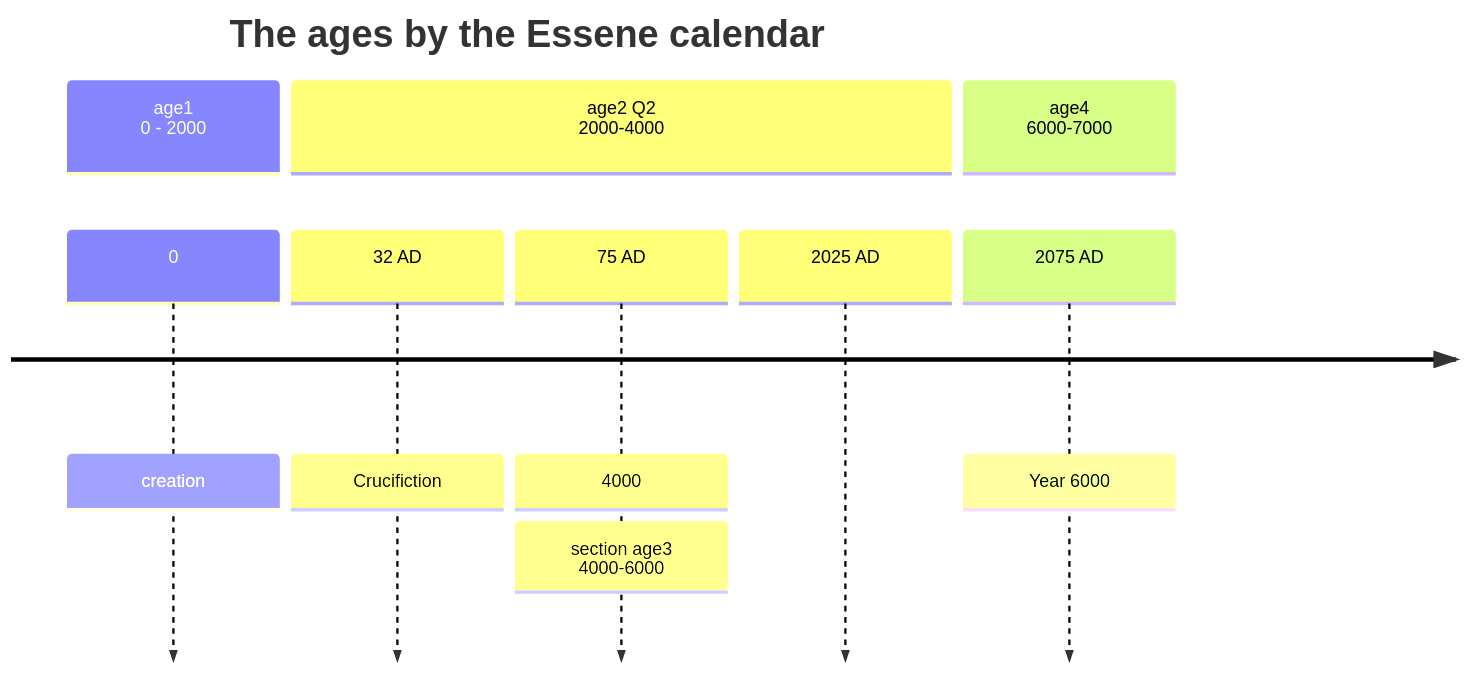
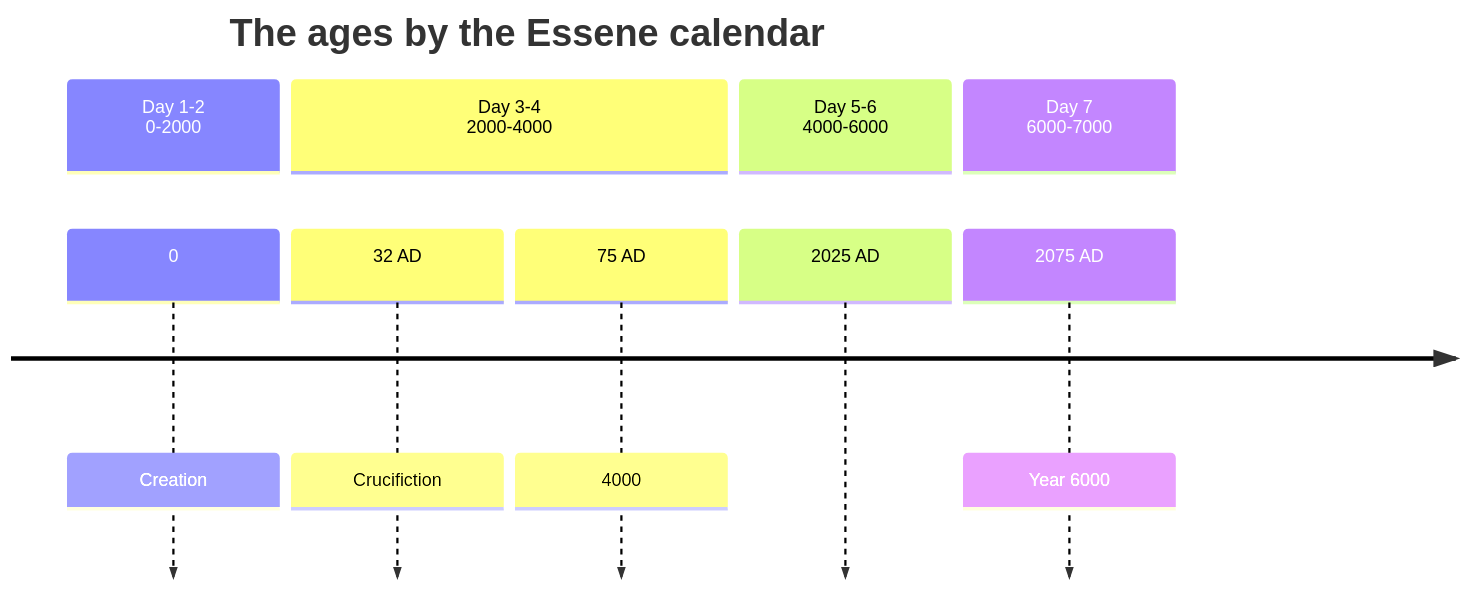
Before and after one commit to ding0t/bible_studies: the diagram in docs/studies/day_is_near.md, drawn with Mermaid. The commit also changed other lines of this file, not shown here.

````diff
--- a/docs/studies/day_is_near.md
+++ b/docs/studies/day_is_near.md
@@ -107,14 +108,14 @@
 ```mermaid
 timeline
         title The ages by the Essene calendar
-        section age1 <br> 0 - 2000
-          0: creation
-        section age2 Q2 <br> 2000-4000
+        section Day 1-2 <br> 0-2000
+          0: Creation
+        section Day 3-4 <br> 2000-4000
           32 AD : Crucifiction
-          75 AD : 4000 :
-        section age3 <br> 4000-6000
+          75 AD : 4000
+        section Day 5-6<br> 4000-6000
           2025 AD  
-        section age4 <br> 6000-7000
+        section Day 7 <br> 6000-7000
           2075 AD : Year 6000
 
 ```
````
